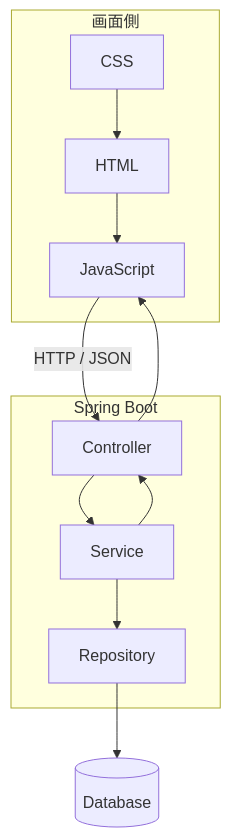
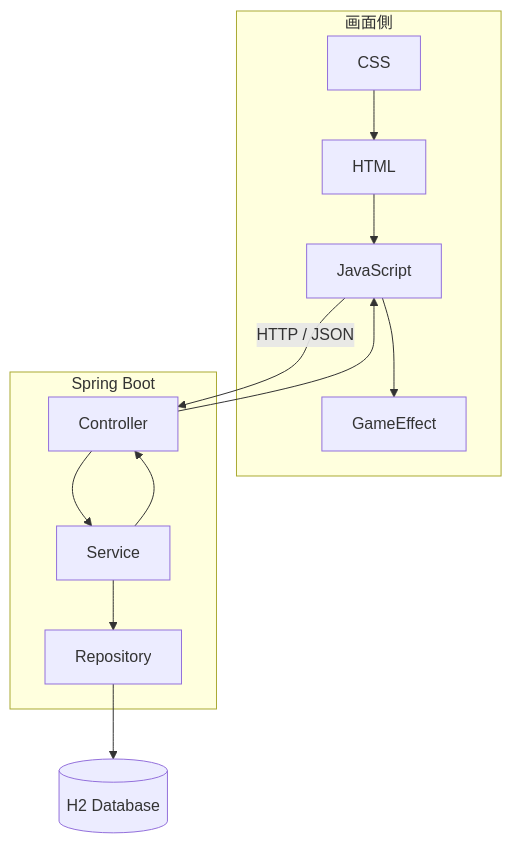
Diagram 16 of 30 in README.md (suu-dev-0203/graduation_JAVAgame), drawn with Mermaid before and after one commit. The commit also changed other lines of this file, not shown here.

````diff
--- a/README.md
+++ b/README.md
@@ -454,25 +596,27 @@
 ```mermaid
 flowchart TB
     subgraph FRONT[画面側]
         HTML[HTML]
         CSS[CSS]
         JS[JavaScript]
+        FX[GameEffect]
     end
 
     subgraph BACK[Spring Boot]
         CTRL[Controller]
         SERVICE[Service]
         REPO[Repository]
     end
 
-    DB[(Database)]
+    DB[(H2 Database)]
 
     HTML --> JS
     CSS --> HTML
     JS -->|HTTP / JSON| CTRL
     CTRL --> SERVICE
     SERVICE --> REPO
     REPO --> DB
     SERVICE --> CTRL
     CTRL --> JS
+    JS --> FX
 ```
````
